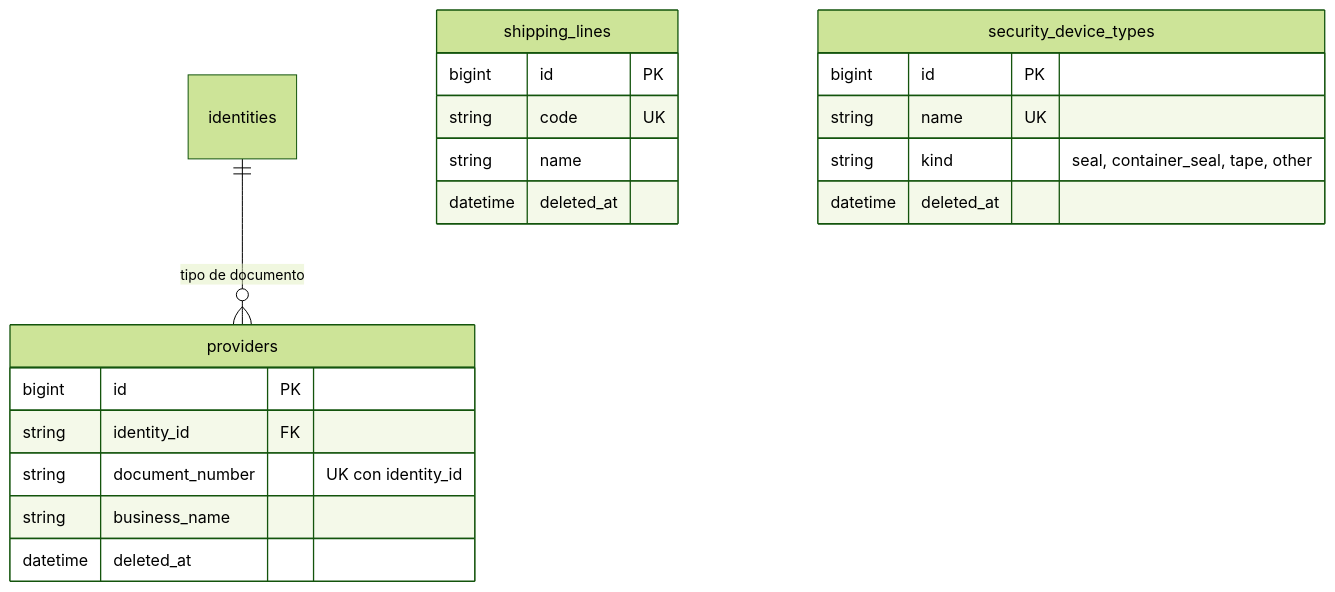
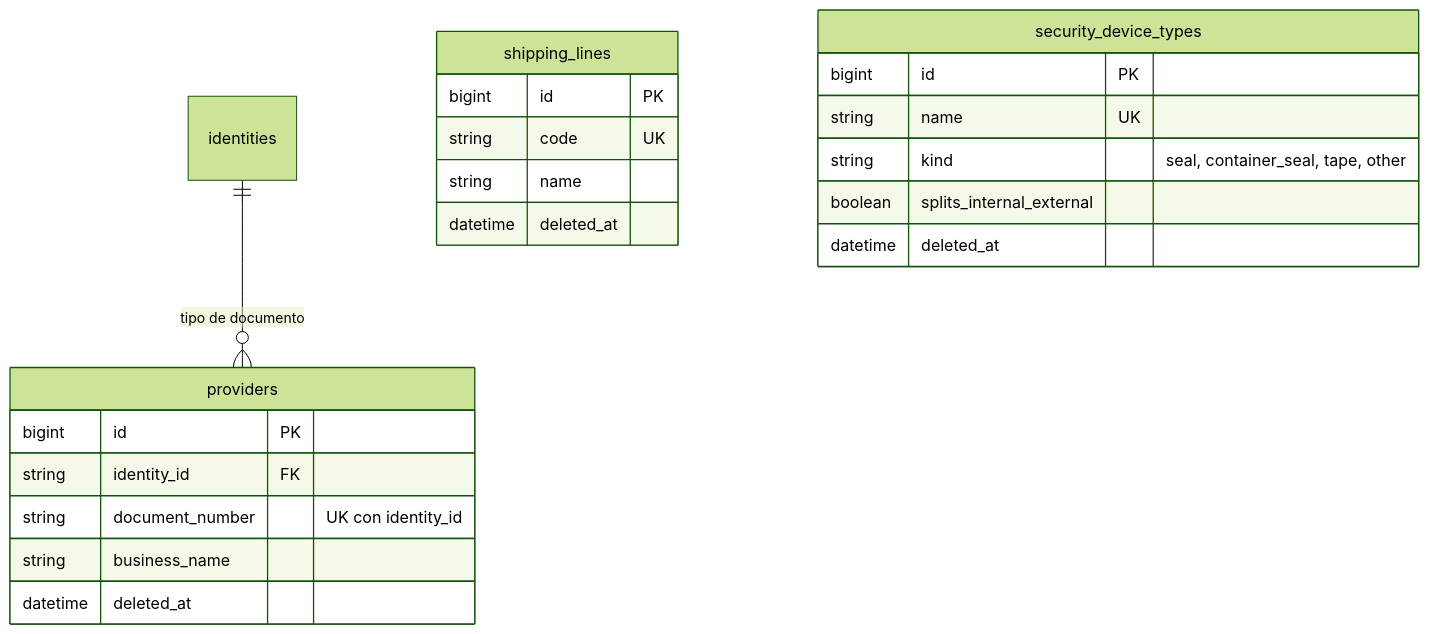
One commit to Cerati1998/SIGLA-TOS changed the second of 8 diagrams in docs/database.md. Above: the diagram before and after it, drawn with Mermaid (forest theme). The commit also changed other lines of this file and 2 other files, not shown here.

````diff
--- a/docs/database.md
+++ b/docs/database.md
@@ -114,24 +114,25 @@
 ```mermaid
 erDiagram
   identities ||--o{ providers : "tipo de documento"
 
   shipping_lines {
     bigint id PK
     string code UK
     string name
     datetime deleted_at
   }
   providers {
     bigint id PK
     string identity_id FK
     string document_number "UK con identity_id"
     string business_name
     datetime deleted_at
   }
   security_device_types {
     bigint id PK
     string name UK
     string kind "seal, container_seal, tape, other"
+    boolean splits_internal_external
     datetime deleted_at
   }
 ```
````
